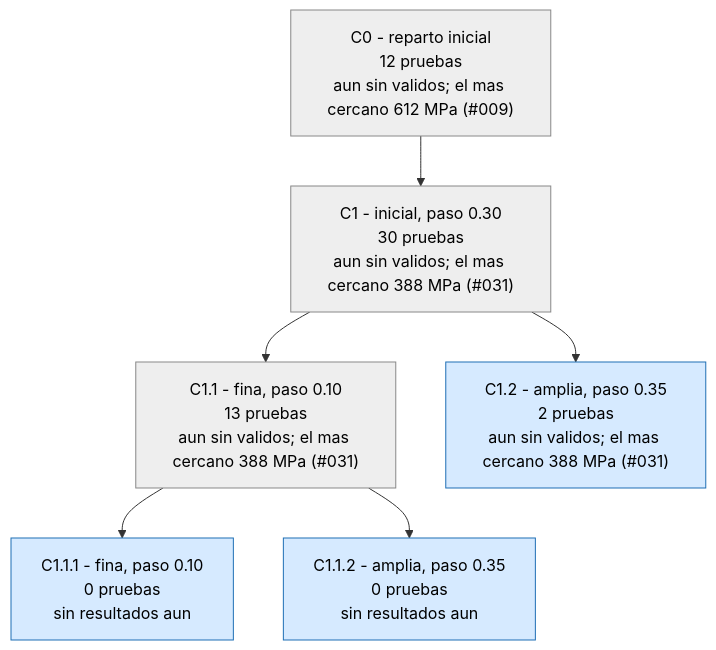
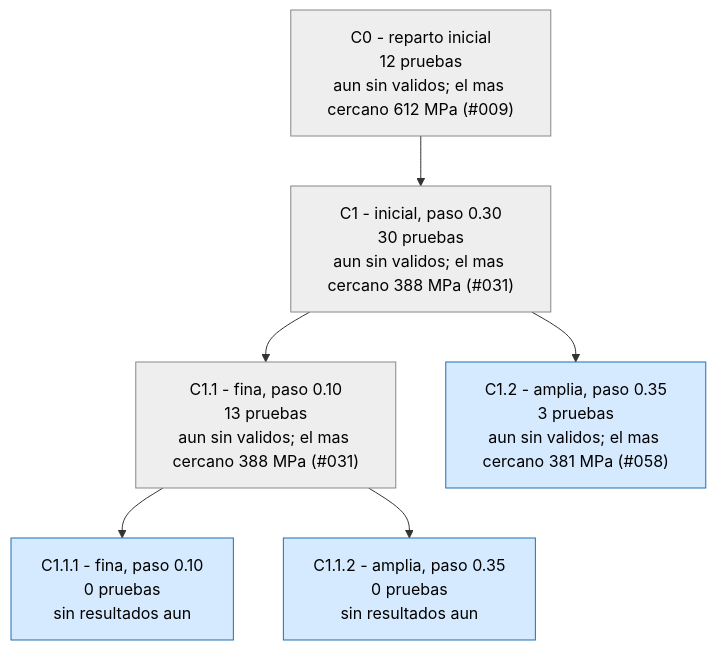
Before and after one commit to Hugiko/msd-soporte-optimizacion: the third of 3 diagrams in runs/opt_37800N/ARBOL.md, drawn with Mermaid. The commit also changed 21 other files, not shown here.

````diff
--- a/runs/opt_37800N/ARBOL.md
+++ b/runs/opt_37800N/ARBOL.md
@@ -65,17 +65,17 @@
 ```mermaid
 graph TD
 classDef activa fill:#d6eaff,stroke:#1f6fb5,color:#000
 classDef fin fill:#eeeeee,stroke:#888,color:#000
 classDef mejor fill:#c8f0c0,stroke:#1a9850,stroke-width:4px,color:#000
 C0["C0 - reparto inicial<br/>12 pruebas<br/>aun sin validos; el mas cercano 612 MPa (#009)"]:::fin
 C1["C1 - inicial, paso 0.30<br/>30 pruebas<br/>aun sin validos; el mas cercano 388 MPa (#031)"]:::fin
 C0 --> C1
 C1_1["C1.1 - fina, paso 0.10<br/>13 pruebas<br/>aun sin validos; el mas cercano 388 MPa (#031)"]:::fin
 C1 --> C1_1
-C1_2["C1.2 - amplia, paso 0.35<br/>2 pruebas<br/>aun sin validos; el mas cercano 388 MPa (#031)"]:::activa
+C1_2["C1.2 - amplia, paso 0.35<br/>3 pruebas<br/>aun sin validos; el mas cercano 381 MPa (#058)"]:::activa
 C1 --> C1_2
 C1_1_1["C1.1.1 - fina, paso 0.10<br/>0 pruebas<br/>sin resultados aun"]:::activa
 C1_1 --> C1_1_1
 C1_1_2["C1.1.2 - amplia, paso 0.35<br/>0 pruebas<br/>sin resultados aun"]:::activa
 C1_1 --> C1_1_2
 ```
````
